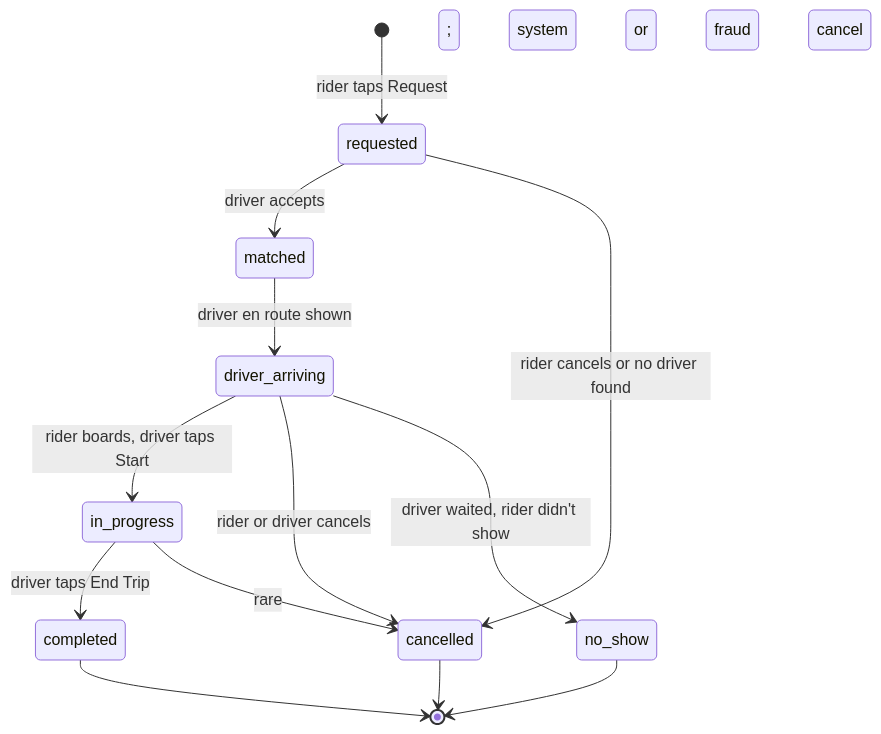
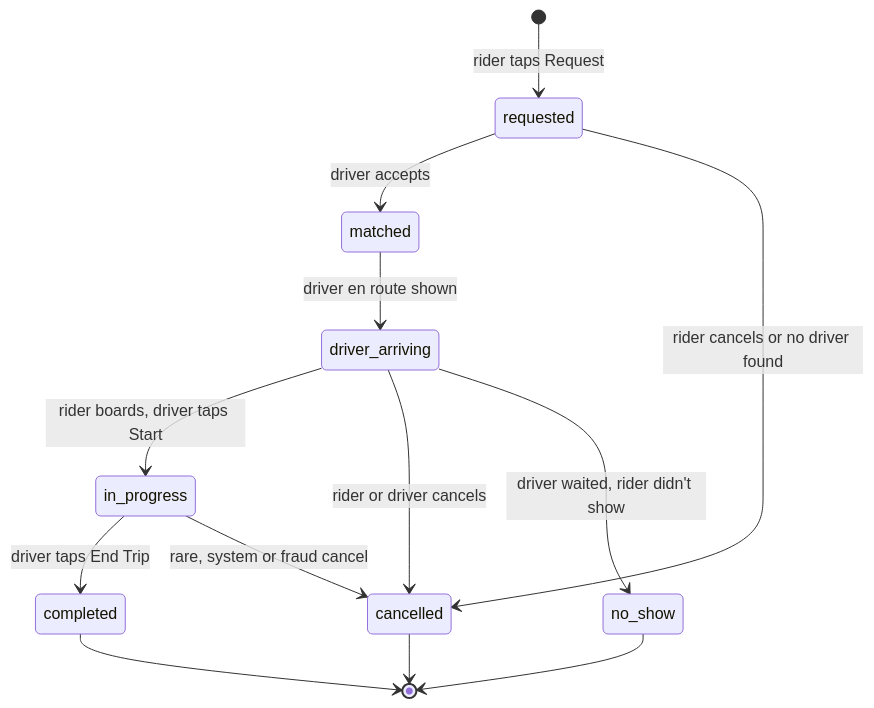
The second of 5 diagrams in _practice/system-design/007-ride-sharing.md (shiningflash/shiningflash.github.io), drawn with Mermaid before and after one commit. The commit also changed other lines of this file and 6 other files, not shown here.

````diff
--- a/_practice/system-design/007-ride-sharing.md
+++ b/_practice/system-design/007-ride-sharing.md
@@ -406,15 +406,15 @@
 ```mermaid
 stateDiagram-v2
     [*] --> requested: rider taps Request
     requested --> matched: driver accepts
     requested --> cancelled: rider cancels or no driver found
     matched --> driver_arriving: driver en route shown
     driver_arriving --> in_progress: rider boards, driver taps Start
     driver_arriving --> cancelled: rider or driver cancels
     driver_arriving --> no_show: driver waited, rider didn't show
     in_progress --> completed: driver taps End Trip
-    in_progress --> cancelled: rare; system or fraud cancel
+    in_progress --> cancelled: rare, system or fraud cancel
     completed --> [*]
     cancelled --> [*]
     no_show --> [*]
 ```
````
